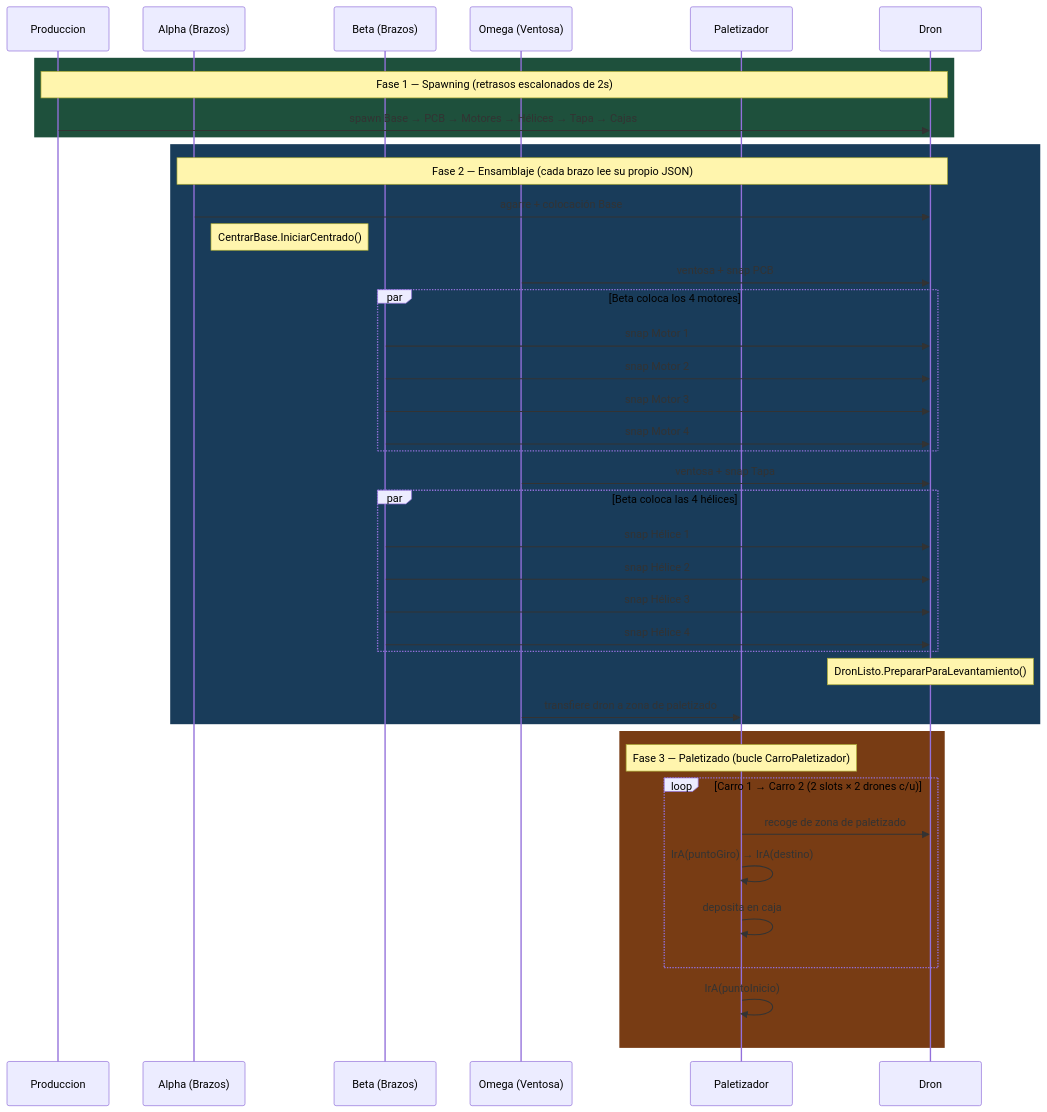
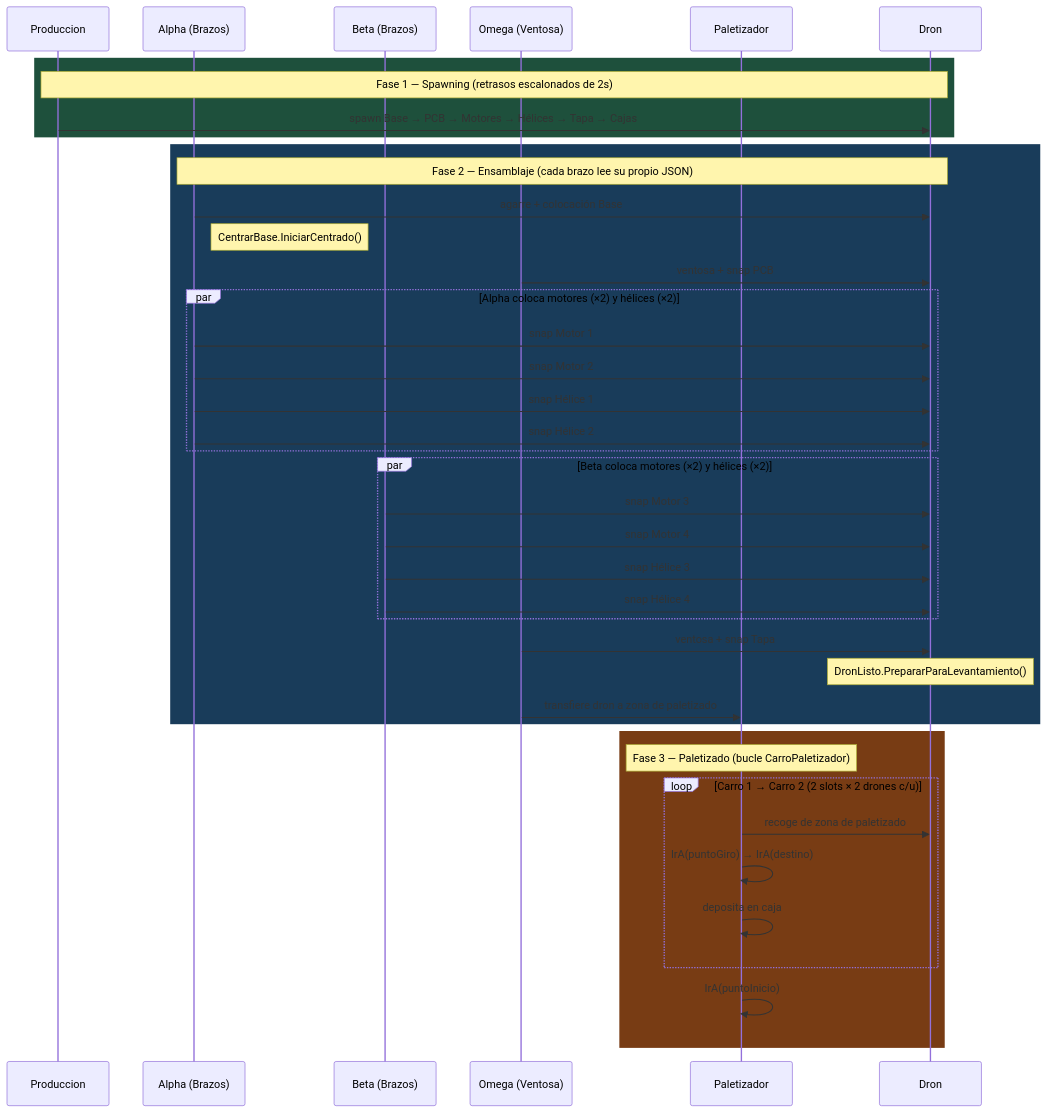
One commit to jorgefajardom-coder/drone-packaging-simulation-unity changed the fifth of 6 diagrams in README.md. Above: the diagram before and after it, drawn with Mermaid. The commit also changed other lines of this file, not shown here.

````diff
--- a/README.md
+++ b/README.md
@@ -1133,50 +1133,50 @@
 ```mermaid
 sequenceDiagram
     participant P as Produccion
     participant A as Alpha (Brazos)
     participant B as Beta (Brazos)
     participant W as Omega (Ventosa)
     participant PAL as Paletizador
     participant D as Dron
 
     rect rgb(30, 80, 60)
         Note over P,D: Fase 1 — Spawning (retrasos escalonados de 2s)
         P->>D: spawn Base → PCB → Motores → Hélices → Tapa → Cajas
     end
 
     rect rgb(25, 60, 90)
         Note over A,D: Fase 2 — Ensamblaje (cada brazo lee su propio JSON)
         A->>D: agarre + colocación Base
         Note right of A: CentrarBase.IniciarCentrado()
         W->>D: ventosa + snap PCB
 
-        par Beta coloca los 4 motores
-            B->>D: snap Motor 1
-            B->>D: snap Motor 2
+        par Alpha coloca motores (×2) y hélices (×2)
+            A->>D: snap Motor 1
+            A->>D: snap Motor 2
+            A->>D: snap Hélice 1
+            A->>D: snap Hélice 2
+        end
+
+        par Beta coloca motores (×2) y hélices (×2)
             B->>D: snap Motor 3
             B->>D: snap Motor 4
+            B->>D: snap Hélice 3
+            B->>D: snap Hélice 4
         end
 
         W->>D: ventosa + snap Tapa
-
-        par Beta coloca las 4 hélices
-            B->>D: snap Hélice 1
-            B->>D: snap Hélice 2
-            B->>D: snap Hélice 3
-            B->>D: snap Hélice 4
-        end
 
         Note over D: DronListo.PrepararParaLevantamiento()
         W->>PAL: transfiere dron a zona de paletizado
     end
 
     rect rgb(120, 60, 20)
         Note over PAL: Fase 3 — Paletizado (bucle CarroPaletizador)
         loop Carro 1 → Carro 2 (2 slots × 2 drones c/u)
             PAL->>D: recoge de zona de paletizado
             PAL->>PAL: IrA(puntoGiro) → IrA(destino)
             PAL->>PAL: deposita en caja
         end
         PAL->>PAL: IrA(puntoInicio)
     end
 ```
````
